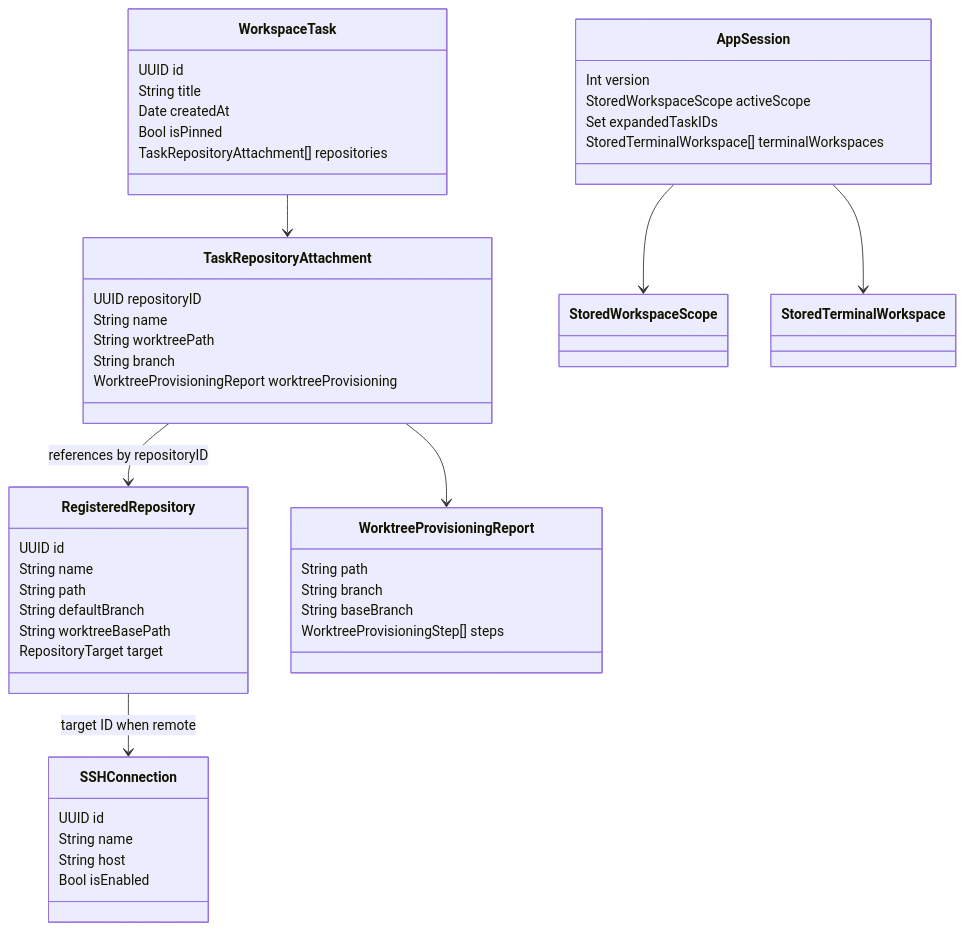
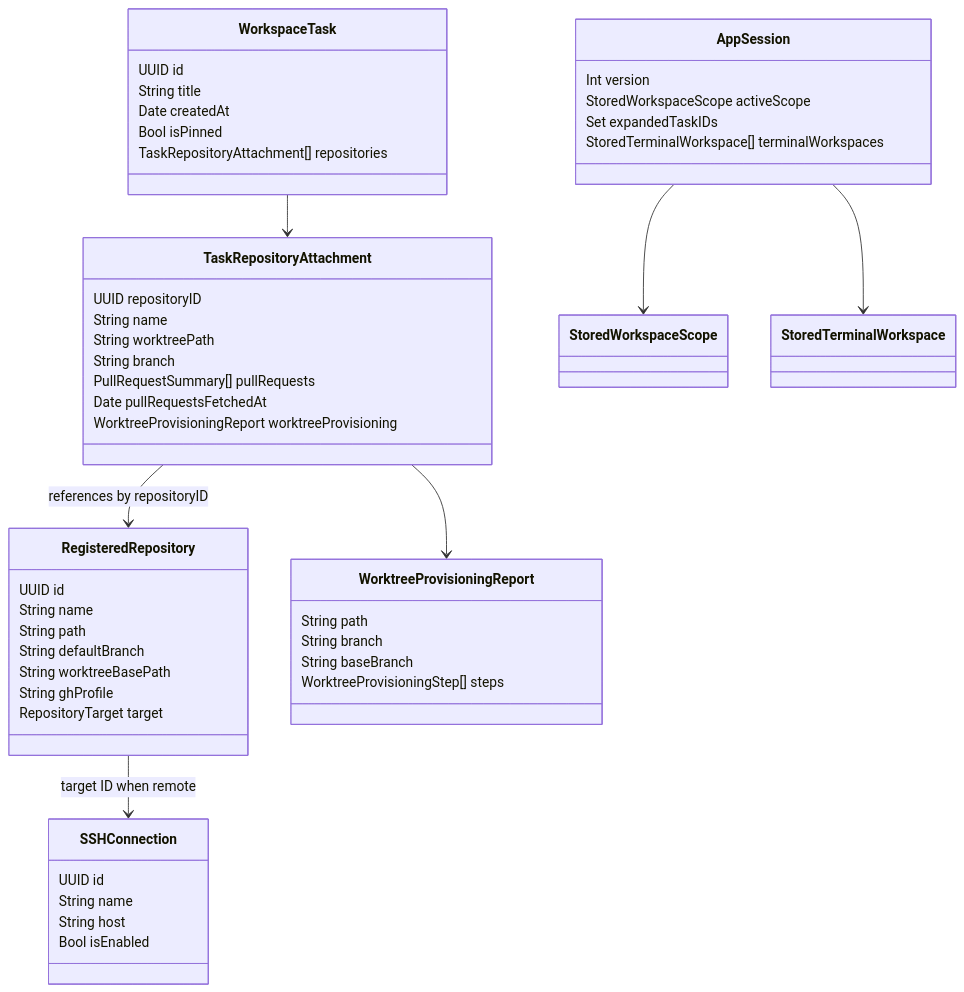
One commit to gh0stonio/pinata changed the second of 5 diagrams in docs/application-architecture.md. Above: the diagram before and after it, drawn with Mermaid. The commit also changed other lines of this file and 21 other files, not shown here.

Commit message:
Stabilize terminal sessions and pull request tracking

````diff
--- a/docs/application-architecture.md
+++ b/docs/application-architecture.md
@@ -44,49 +47,52 @@
 ```mermaid
 classDiagram
     class WorkspaceTask {
         UUID id
         String title
         Date createdAt
         Bool isPinned
         TaskRepositoryAttachment[] repositories
     }
     class TaskRepositoryAttachment {
         UUID repositoryID
         String name
         String worktreePath
         String branch
+        PullRequestSummary[] pullRequests
+        Date pullRequestsFetchedAt
         WorktreeProvisioningReport worktreeProvisioning
     }
     class RegisteredRepository {
         UUID id
         String name
         String path
         String defaultBranch
         String worktreeBasePath
+        String ghProfile
         RepositoryTarget target
     }
     class SSHConnection {
         UUID id
         String name
         String host
         Bool isEnabled
     }
     class WorktreeProvisioningReport {
         String path
         String branch
         String baseBranch
         WorktreeProvisioningStep[] steps
     }
     class AppSession {
         Int version
         StoredWorkspaceScope activeScope
         Set expandedTaskIDs
         StoredTerminalWorkspace[] terminalWorkspaces
     }
     WorkspaceTask --> TaskRepositoryAttachment
     TaskRepositoryAttachment --> RegisteredRepository : references by repositoryID
     RegisteredRepository --> SSHConnection : target ID when remote
     TaskRepositoryAttachment --> WorktreeProvisioningReport
     AppSession --> StoredWorkspaceScope
     AppSession --> StoredTerminalWorkspace
 ```
````
